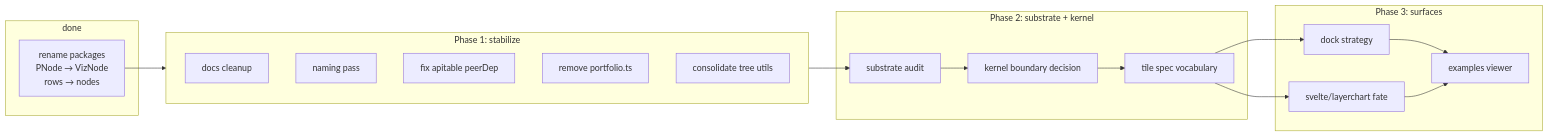
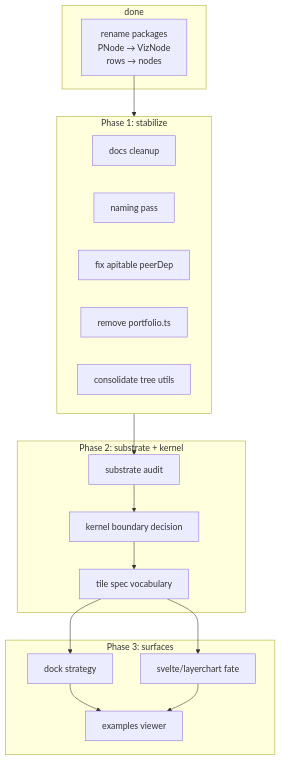
One commit to WinstonFassett/hotbook changed the sixth of 6 diagrams in docs/reorg-whiteboard.md. Above: the diagram before and after it, drawn with Mermaid. The commit also changed other lines of this file, not shown here.

````diff
--- a/docs/reorg-whiteboard.md
+++ b/docs/reorg-whiteboard.md
@@ -184,35 +381,35 @@
 ```mermaid
-flowchart LR
+flowchart TB
     subgraph done
       R1["rename packages<br/>PNode → VizNode<br/>rows → nodes"]
     end
 
     subgraph phase1["Phase 1: stabilize"]
       P1["docs cleanup"]
       P2["naming pass"]
       P3["fix apitable peerDep"]
       P4["remove portfolio.ts"]
       P5["consolidate tree utils"]
     end
 
     subgraph phase2["Phase 2: substrate + kernel"]
       P6["substrate audit"]
       P7["kernel boundary decision"]
       P8["tile spec vocabulary"]
     end
 
     subgraph phase3["Phase 3: surfaces"]
       P9["dock strategy"]
       P10["svelte/layerchart fate"]
       P11["examples viewer"]
     end
 
     R1 --> phase1
     phase1 --> P6
     P6 --> P7
     P7 --> P8
     P8 --> P9
     P8 --> P10
     P9 --> P11
     P10 --> P11
 ```
````
